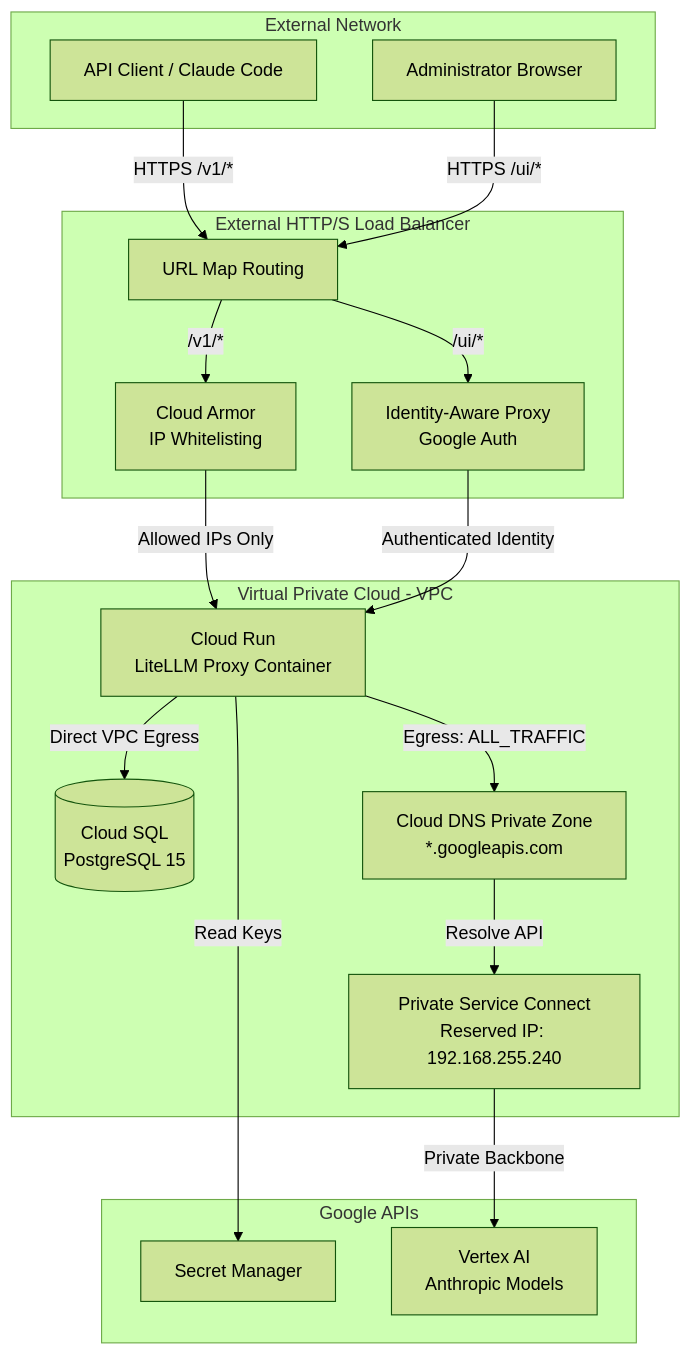
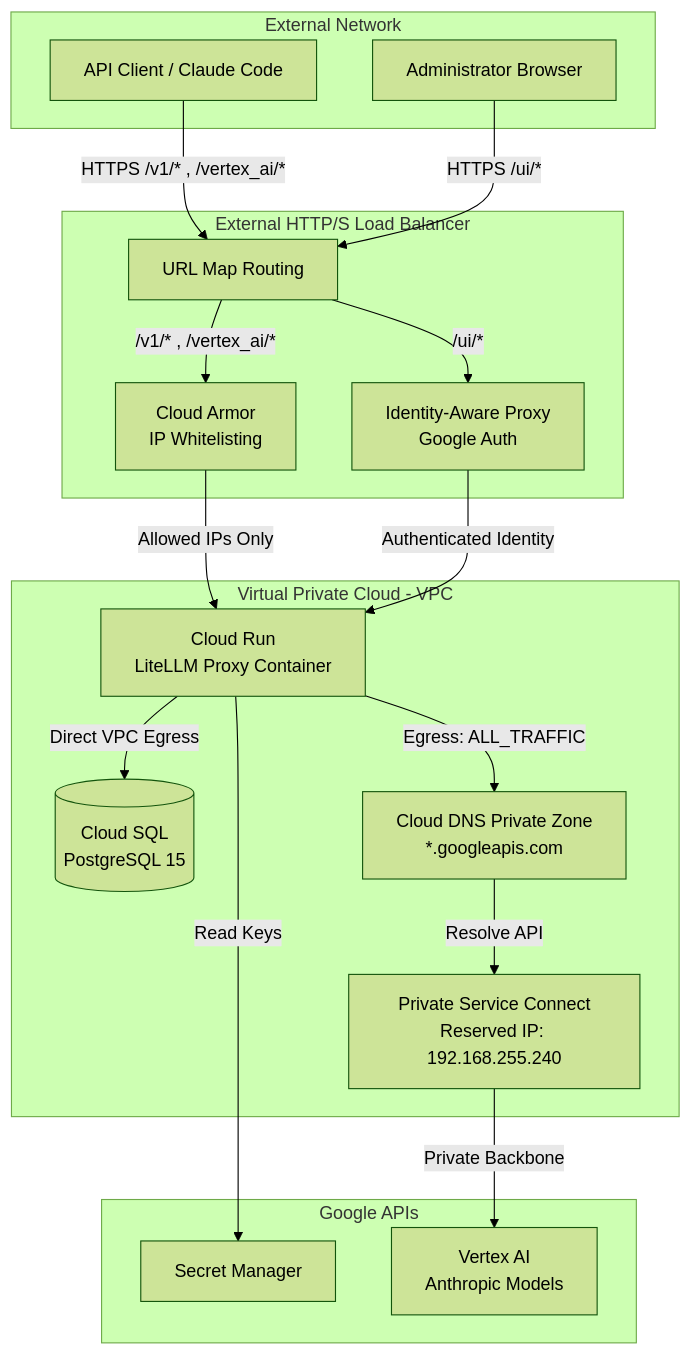
The diagram in README.md (jinseo-jang/vertex-ai-litellm-proxy), drawn with Mermaid (forest theme) before and after one commit. The commit also changed other lines of this file and 2 other files, not shown here.

Commit message:
docs: add /vertex_ai/* path to diagrams and translate troubleshooting to English
- Update architecture diagrams in README.md and README_ko.md to reflect
  the /vertex_ai/* pass-through route alongside /v1/*
- Update Cloud Armor description to include /vertex_ai/* path
- Rewrite TROUBLESHOOTING.md from Korean to English

````diff
--- a/README.md
+++ b/README.md
@@ -11,41 +11,41 @@
 ```mermaid
 graph TD
     subgraph External_Network ["External Network"]
         User[API Client / Claude Code]
         Admin[Administrator Browser]
     end
 
     subgraph LB ["External HTTP/S Load Balancer"]
         URLMap[URL Map Routing]
         CA[Cloud Armor<br/>IP Whitelisting]
         IAP[Identity-Aware Proxy<br/>Google Auth]
         
-        User -- "HTTPS /v1/*" --> URLMap
+        User -- "HTTPS /v1/* , /vertex_ai/*" --> URLMap
         Admin -- "HTTPS /ui/*" --> URLMap
         
-        URLMap -- "/v1/*" --> CA
+        URLMap -- "/v1/* , /vertex_ai/*" --> CA
         URLMap -- "/ui/*" --> IAP
     end
 
     subgraph VPC ["Virtual Private Cloud - VPC"]
         CR[Cloud Run<br/>LiteLLM Proxy Container]
         DB[(Cloud SQL<br/>PostgreSQL 15)]
         PSC[Private Service Connect<br/>Reserved IP: 192.168.255.240]
         DNS[Cloud DNS Private Zone<br/>*.googleapis.com]
         
         CA -- "Allowed IPs Only" --> CR
         IAP -- "Authenticated Identity" --> CR
         
         CR -- "Direct VPC Egress" --> DB
         CR -- "Egress: ALL_TRAFFIC" --> DNS
         DNS -- "Resolve API" --> PSC
     end
 
     subgraph Google_APIs ["Google APIs"]
         SM[Secret Manager]
         VAI[Vertex AI<br/>Anthropic Models]
         
         CR -- "Read Keys" --> SM
         PSC -- "Private Backbone" --> VAI
     end
 ```
````
